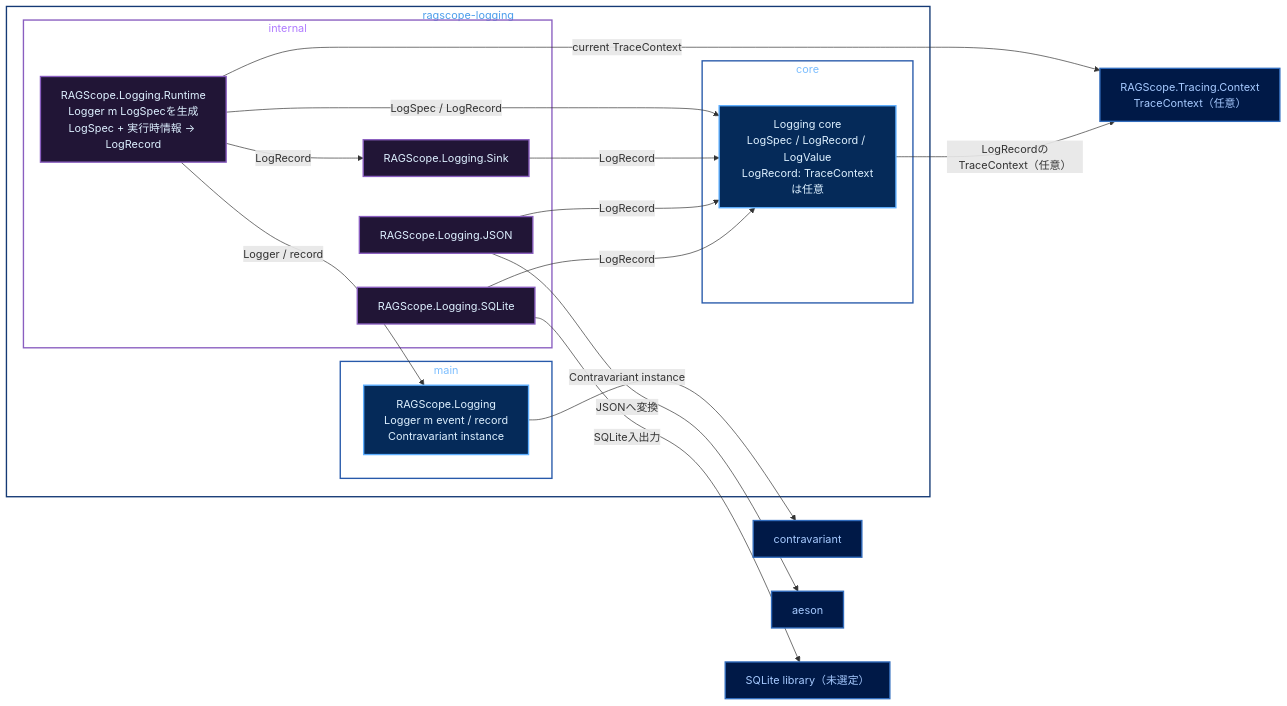
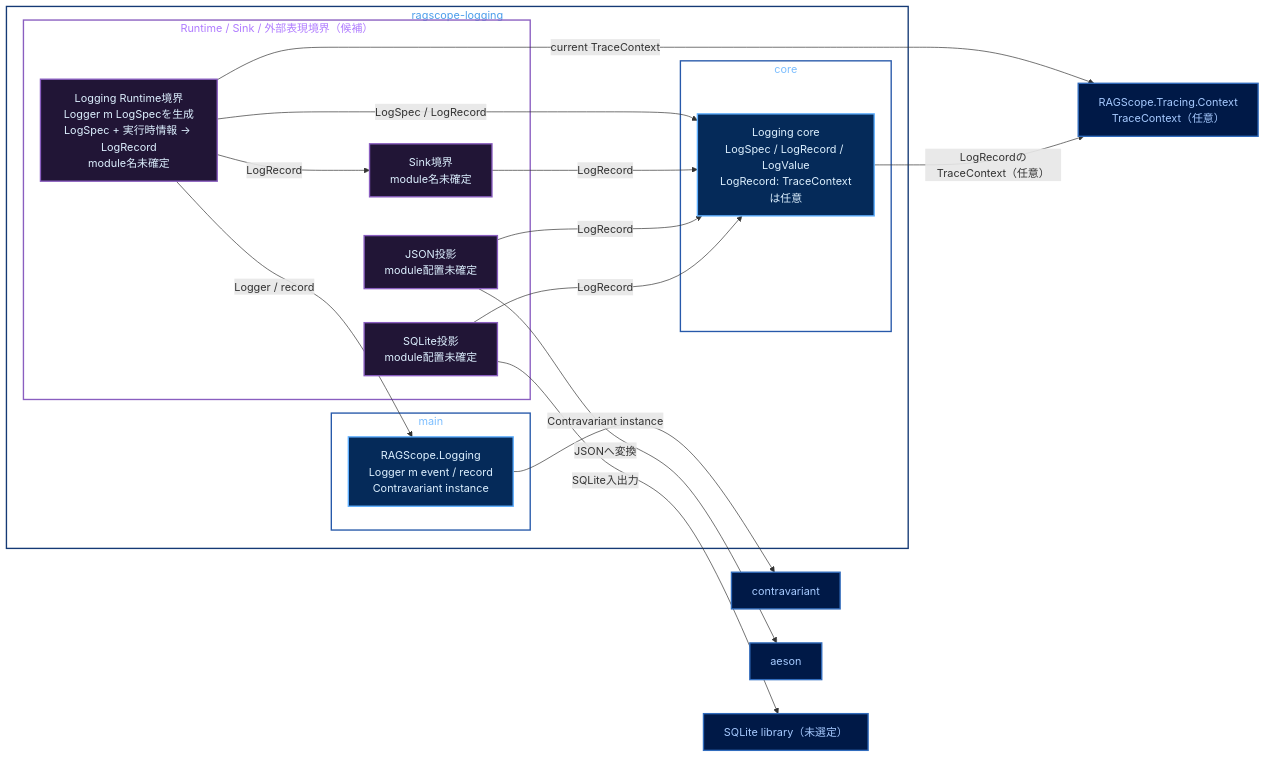
One commit to takashit16833/Workbench changed the diagram in Notes/RAGScope/RAGScopeアプリケーション/実行追跡・構造化ログ静的依存図 Logging.md. Above: the diagram before and after it, drawn with Mermaid. The commit also changed other lines of this file, not shown here.

Commit message:
docs: mark logging module layout as candidate

````diff
--- a/Notes/RAGScope/RAGScopeアプリケーション/実行追跡・構造化ログ静的依存図 Logging.md
+++ b/Notes/RAGScope/RAGScopeアプリケーション/実行追跡・構造化ログ静的依存図 Logging.md
@@ -19,44 +21,44 @@
 ```mermaid
 flowchart LR
     subgraph pkg_logging["ragscope-logging"]
         subgraph main_lib["main"]
             logger["RAGScope.Logging<br/>Logger m event / record<br/>Contravariant instance"]
         end
-        subgraph internal_lib["internal"]
-            runtime["RAGScope.Logging.Runtime<br/>Logger m LogSpecを生成<br/>LogSpec + 実行時情報 → LogRecord"]
-            sink["RAGScope.Logging.Sink"]
-            json["RAGScope.Logging.JSON"]
-            sqlite["RAGScope.Logging.SQLite"]
+        subgraph internal_lib["Runtime / Sink / 外部表現境界（候補）"]
+            runtime["Logging Runtime境界<br/>Logger m LogSpecを生成<br/>LogSpec + 実行時情報 → LogRecord<br/>module名未確定"]
+            sink["Sink境界<br/>module名未確定"]
+            json["JSON投影<br/>module配置未確定"]
+            sqlite["SQLite投影<br/>module配置未確定"]
         end
         subgraph core_lib["core"]
             contract["Logging core<br/>LogSpec / LogRecord / LogValue<br/>LogRecord: TraceContextは任意"]
         end
     end
     context["RAGScope.Tracing.Context<br/>TraceContext（任意）"]
     contravariant["contravariant"]
     aeson["aeson"]
     sqlite_lib["SQLite library（未選定）"]
 
     logger -->|Contravariant instance| contravariant
     runtime -->|Logger / record| logger
     runtime -->|LogSpec / LogRecord| contract
     runtime -->|current TraceContext| context
     runtime -->|LogRecord| sink
     sink -->|LogRecord| contract
     json -->|LogRecord| contract
     json -->|JSONへ変換| aeson
     sqlite -->|LogRecord| contract
     sqlite -->|SQLite入出力| sqlite_lib
     contract -->|LogRecordのTraceContext（任意）| context
 
     classDef public fill:#052A59,stroke:#5EAFFF,color:#DDF0FF,stroke-width:2px
     classDef private fill:#211536,stroke:#8A5EC0,color:#DDF0FF,stroke-width:2px
     classDef outside fill:#001947,stroke:#316CBD,color:#A6CAFF,stroke-width:2px
     class logger,contract public
     class runtime,sink,json,sqlite private
     class context,contravariant,aeson,sqlite_lib outside
     style pkg_logging fill:transparent,stroke:#153A75,color:#4C9EEB,stroke-width:2px
     style main_lib fill:transparent,stroke:#2759AA,color:#7CBEFF,stroke-width:2px
     style internal_lib fill:transparent,stroke:#8A5EC0,color:#B07CFF,stroke-width:2px
     style core_lib fill:transparent,stroke:#2759AA,color:#7CBEFF,stroke-width:2px
 ```
````
